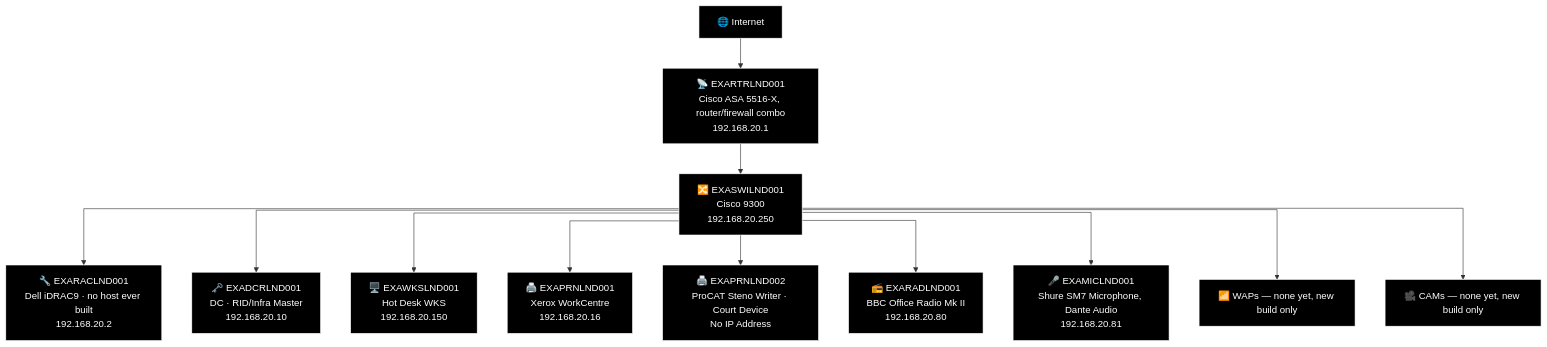
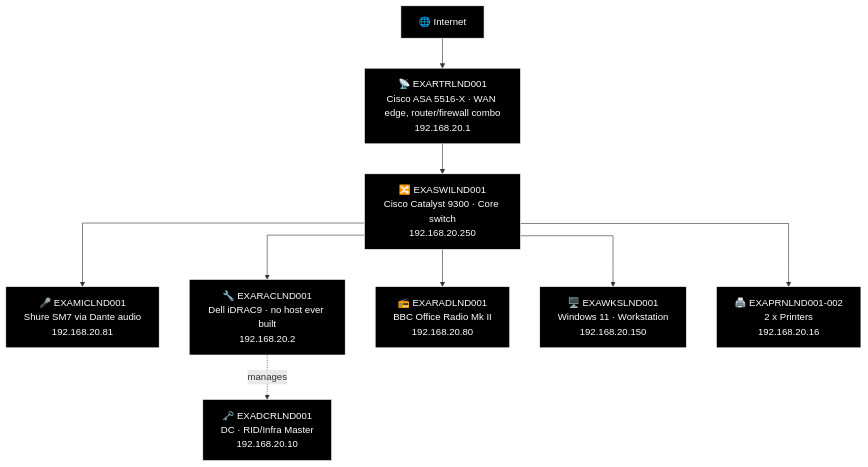
The first of 27 diagrams in docs/network-diagram/england.md (knightmare2600/example_music_infra), drawn with Mermaid before and after one commit. The commit also changed other lines of this file and 8 other files, not shown here.

````diff
--- a/docs/network-diagram/england.md
+++ b/docs/network-diagram/england.md
@@ -27,42 +27,33 @@
 ```mermaid
+%% GENERATED:OLDNETWORK:LND:START
 %%{init: {'flowchart': {'curve': 'stepAfter'}}}%%
 graph TD
     O_INET["🌐 Internet"]
-    O_RTR["📡 EXARTRLND001<br/>Cisco ASA 5516-X, router/firewall combo<br/>192.168.20.1"]
+    O_RTR["📡 EXARTRLND001<br/>Cisco ASA 5516-X · WAN edge, router/firewall combo<br/>192.168.20.1"]
+    O_SWI["🔀 EXASWILND001<br/>Cisco Catalyst 9300 · Core switch<br/>192.168.20.250"]
+    O_DCR["🗝️ EXADCRLND001<br/>DC · RID/Infra Master<br/>192.168.20.10"]
+    O_MIC["🎤 EXAMICLND001<br/>Shure SM7 via Dante audio<br/>192.168.20.81"]
+    O_RAC["🔧 EXARACLND001<br/>Dell iDRAC9 · no host ever built<br/>192.168.20.2"]
+    O_RAD["📻 EXARADLND001<br/>BBC Office Radio Mk II<br/>192.168.20.80"]
+    O_WKS["🖥️ EXAWKSLND001<br/>Windows 11 · Workstation<br/>192.168.20.150"]
+    O_PRN["🖨️ EXAPRNLND001-002<br/>2 x Printers<br/>192.168.20.16"]
     O_INET --> O_RTR
-    O_SW["🔀 EXASWILND001<br/>Cisco 9300<br/>192.168.20.250"]
-    O_RTR --> O_SW
-
-    O_RAC["🔧 EXARACLND001<br/>Dell iDRAC9 · no host ever built<br/>192.168.20.2"]
-    O_DC["🗝️ EXADCRLND001<br/>DC · RID/Infra Master<br/>192.168.20.10"]
-    O_SW --> O_RAC
-    O_SW --> O_DC
-
-    O_WKS["🖥️ EXAWKSLND001<br/>Hot Desk WKS<br/>192.168.20.150"]
-    O_PRN1["🖨️ EXAPRNLND001<br/>Xerox WorkCentre<br/>192.168.20.16"]
-    O_PRN2["🖨️ EXAPRNLND002<br/>ProCAT Steno Writer · Court Device<br/>No IP Address"]
-    O_RAD["📻 EXARADLND001<br/>BBC Office Radio Mk II<br/>192.168.20.80"]
-    O_MIC["🎤 EXAMICLND001<br/>Shure SM7 Microphone, Dante Audio<br/>192.168.20.81"]
-    O_WAP["📶 WAPs — none yet, new build only"]
-    O_CAM["🎥 CAMs — none yet, new build only"]
-    O_SW --> O_WKS
-    O_SW --> O_PRN1
-    O_SW --> O_PRN2
-    O_SW --> O_RAD
-    O_SW --> O_MIC
-    O_SW --> O_WAP
-    O_SW --> O_CAM
+    O_RTR --> O_SWI
+    O_SWI --> O_MIC
+    O_SWI --> O_RAC
+    O_RAC -.->|"manages"| O_DCR
+    O_SWI --> O_RAD
+    O_SWI --> O_WKS
+    O_SWI --> O_PRN
 
     style O_INET fill:#000000,stroke:#FFFFFF,color:#FFFFFF
     style O_RTR fill:#000000,stroke:#FFFFFF,color:#FFFFFF
-    style O_SW fill:#000000,stroke:#FFFFFF,color:#FFFFFF
+    style O_SWI fill:#000000,stroke:#FFFFFF,color:#FFFFFF
+    style O_DCR fill:#000000,stroke:#FFFFFF,color:#FFFFFF
+    style O_MIC fill:#000000,stroke:#FFFFFF,color:#FFFFFF
     style O_RAC fill:#000000,stroke:#FFFFFF,color:#FFFFFF
-    style O_DC fill:#000000,stroke:#FFFFFF,color:#FFFFFF
+    style O_RAD fill:#000000,stroke:#FFFFFF,color:#FFFFFF
     style O_WKS fill:#000000,stroke:#FFFFFF,color:#FFFFFF
-    style O_PRN1 fill:#000000,stroke:#FFFFFF,color:#FFFFFF
-    style O_PRN2 fill:#000000,stroke:#FFFFFF,color:#FFFFFF
-    style O_RAD fill:#000000,stroke:#FFFFFF,color:#FFFFFF
-    style O_MIC fill:#000000,stroke:#FFFFFF,color:#FFFFFF
-    style O_WAP fill:#000000,stroke:#FFFFFF,color:#FFFFFF
-    style O_CAM fill:#000000,stroke:#FFFFFF,color:#FFFFFF
+    style O_PRN fill:#000000,stroke:#FFFFFF,color:#FFFFFF
+%% GENERATED:OLDNETWORK:LND:END
 ```
````
